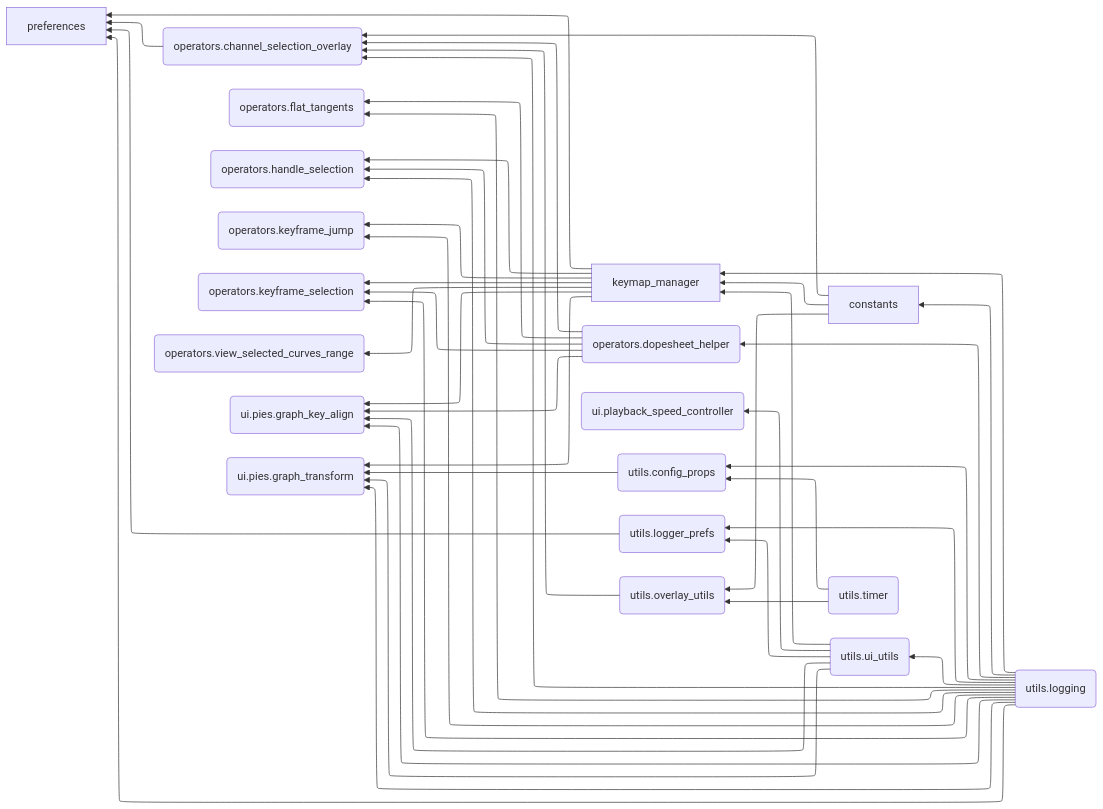
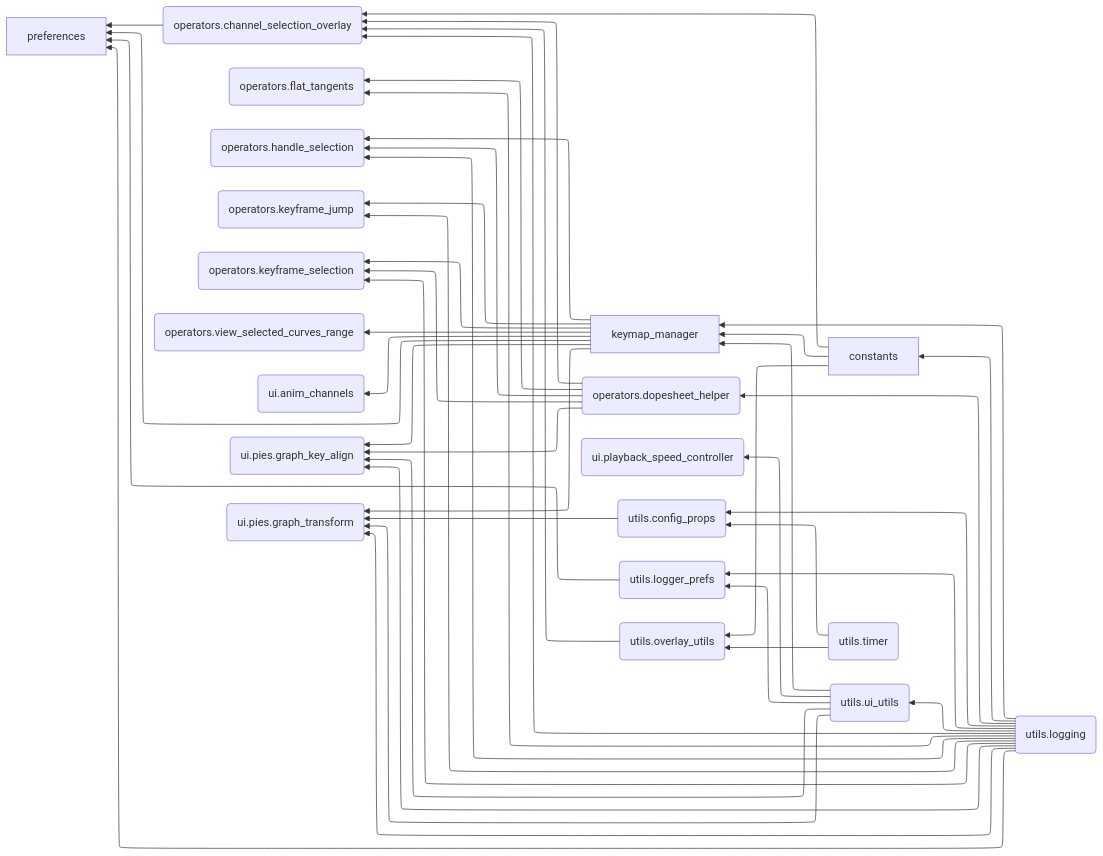
The diagram in docs/debug/module_dependencies.mmd (Pluglug/graph_monkey), drawn with Mermaid before and after one commit. The commit also changed 1 other file, not shown here.

```diff
--- a/docs/debug/module_dependencies.mmd
+++ b/docs/debug/module_dependencies.mmd
@@ -1,67 +1,69 @@
 ---
 config:
   theme: mc
   layout: elk
   flowchart:
     curve: basis
 ---
 flowchart RL
     constants[constants]
     keymap_manager[keymap_manager]
     operators_channel_selection_overlay(operators.channel_selection_overlay)
     operators_dopesheet_helper(operators.dopesheet_helper)
     operators_flat_tangents(operators.flat_tangents)
     operators_handle_selection(operators.handle_selection)
     operators_keyframe_jump(operators.keyframe_jump)
     operators_keyframe_selection(operators.keyframe_selection)
     operators_view_selected_curves_range(operators.view_selected_curves_range)
     preferences[preferences]
+    ui_anim_channels(ui.anim_channels)
     ui_pies_graph_key_align(ui.pies.graph_key_align)
     ui_pies_graph_transform(ui.pies.graph_transform)
     ui_playback_speed_controller(ui.playback_speed_controller)
     utils_config_props(utils.config_props)
     utils_logger_prefs(utils.logger_prefs)
     utils_logging(utils.logging)
     utils_overlay_utils(utils.overlay_utils)
     utils_timer(utils.timer)
     utils_ui_utils(utils.ui_utils)
     constants --> keymap_manager
     constants --> operators_channel_selection_overlay
     constants --> utils_overlay_utils
     keymap_manager --> operators_handle_selection
     keymap_manager --> operators_keyframe_jump
     keymap_manager --> operators_keyframe_selection
     keymap_manager --> operators_view_selected_curves_range
     keymap_manager --> preferences
+    keymap_manager --> ui_anim_channels
     keymap_manager --> ui_pies_graph_key_align
     keymap_manager --> ui_pies_graph_transform
     operators_channel_selection_overlay --> preferences
     operators_dopesheet_helper --> operators_channel_selection_overlay
     operators_dopesheet_helper --> operators_flat_tangents
     operators_dopesheet_helper --> operators_handle_selection
     operators_dopesheet_helper --> operators_keyframe_selection
     operators_dopesheet_helper --> ui_pies_graph_key_align
     utils_config_props --> ui_pies_graph_transform
     utils_logger_prefs --> preferences
     utils_logging --> constants
     utils_logging --> keymap_manager
     utils_logging --> operators_channel_selection_overlay
     utils_logging --> operators_dopesheet_helper
     utils_logging --> operators_flat_tangents
     utils_logging --> operators_handle_selection
     utils_logging --> operators_keyframe_jump
     utils_logging --> operators_keyframe_selection
     utils_logging --> preferences
     utils_logging --> ui_pies_graph_key_align
     utils_logging --> ui_pies_graph_transform
     utils_logging --> utils_config_props
     utils_logging --> utils_logger_prefs
     utils_logging --> utils_ui_utils
     utils_overlay_utils --> operators_channel_selection_overlay
     utils_timer --> utils_config_props
     utils_timer --> utils_overlay_utils
     utils_ui_utils --> keymap_manager
     utils_ui_utils --> ui_pies_graph_key_align
     utils_ui_utils --> ui_pies_graph_transform
     utils_ui_utils --> ui_playback_speed_controller
     utils_ui_utils --> utils_logger_prefs
```
